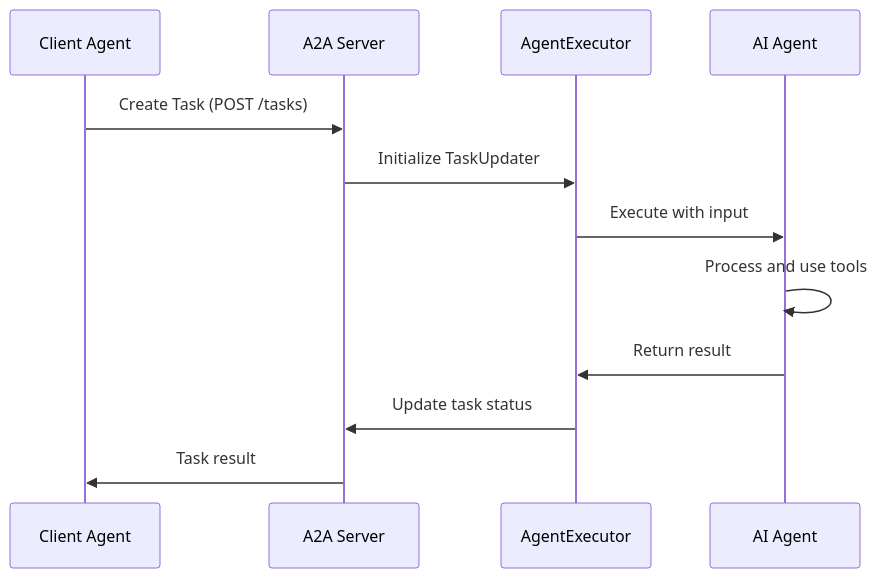
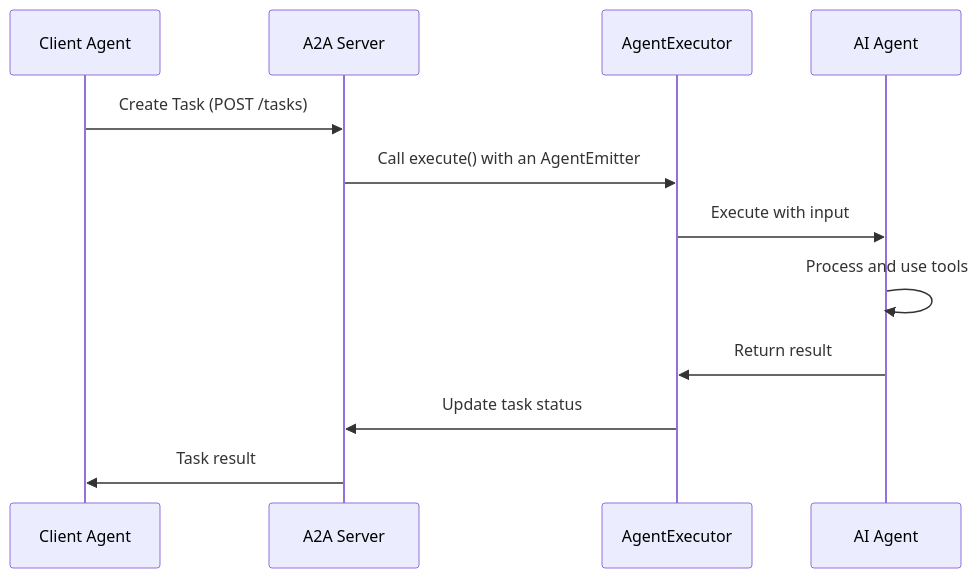
The second of 4 diagrams in docs/content/section-2/step-08.md (quarkusio/quarkus-workshop-langchain4j), drawn with Mermaid before and after one commit. The commit also changed other lines of this file and 73 other files, not shown here.

````diff
--- a/docs/content/section-2/step-08.md
+++ b/docs/content/section-2/step-08.md
@@ -112,15 +113,15 @@
 ```mermaid
 sequenceDiagram
     participant Client as Client Agent
     participant Server as A2A Server
     participant Executor as AgentExecutor
     participant AI as AI Agent
 
     Client->>Server: Create Task (POST /tasks)
-    Server->>Executor: Initialize TaskUpdater
+    Server->>Executor: Call execute() with an AgentEmitter
     Executor->>AI: Execute with input
     AI->>AI: Process and use tools
     AI->>Executor: Return result
     Executor->>Server: Update task status
     Server->>Client: Task result
 ```
````
